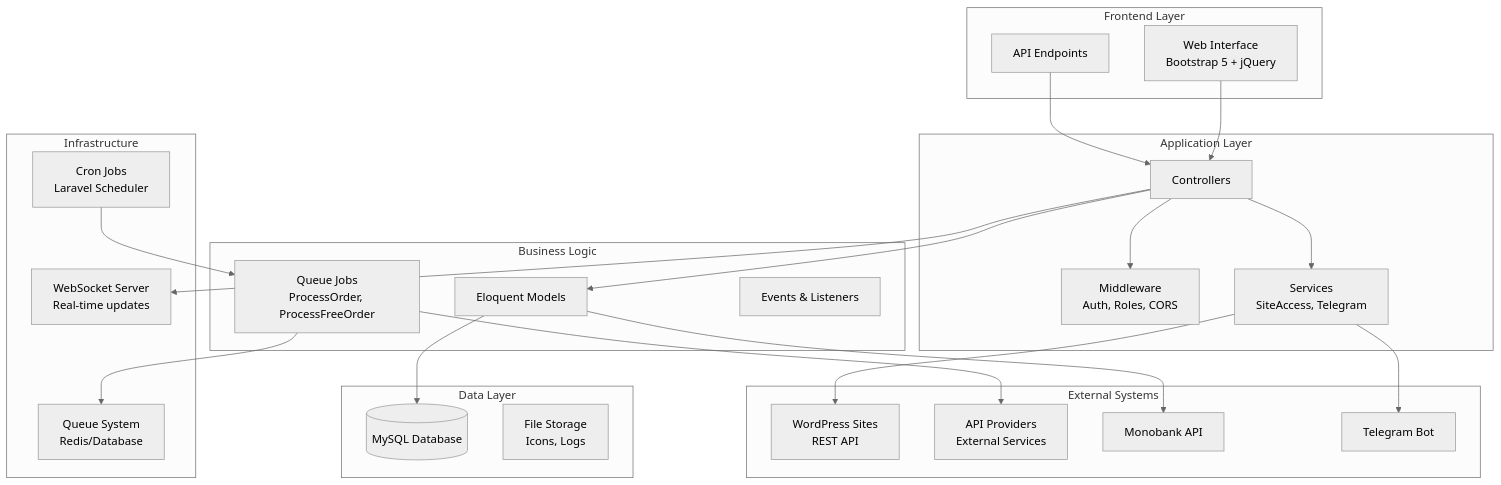
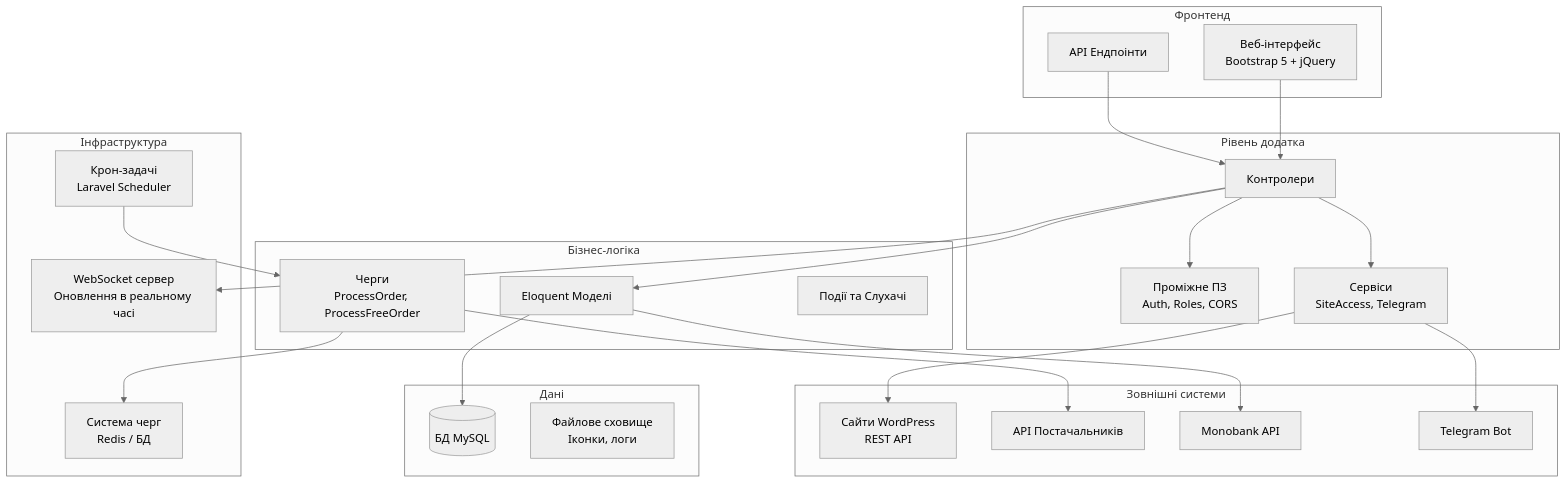
Before and after one commit to Nessq/smmlove: the first of 9 diagrams in README.md, drawn with Mermaid (neutral theme). The commit also changed other lines of this file, not shown here.

````diff
--- a/README.md
+++ b/README.md
@@ -11,51 +11,51 @@
 ```mermaid
 graph TB
-    subgraph "Frontend Layer"
-        UI[Web Interface<br/>Bootstrap 5 + jQuery]
-        API_UI[API Endpoints]
+    subgraph "Фронтенд"
+        UI[Веб-інтерфейс<br/>Bootstrap 5 + jQuery]
+        API_UI[API Ендпоінти]
     end
-    
-    subgraph "Application Layer"
-        Controllers[Controllers]
-        Middleware[Middleware<br/>Auth, Roles, CORS]
-        Services[Services<br/>SiteAccess, Telegram]
+
+    subgraph "Рівень додатка"
+        Controllers[Контролери]
+        Middleware[Проміжне ПЗ<br/>Auth, Roles, CORS]
+        Services[Сервіси<br/>SiteAccess, Telegram]
     end
-    
-    subgraph "Business Logic"
-        Models[Eloquent Models]
-        Jobs[Queue Jobs<br/>ProcessOrder, ProcessFreeOrder]
-        Events[Events & Listeners]
+
+    subgraph "Бізнес-логіка"
+        Models[Eloquent Моделі]
+        Jobs[Черги<br/>ProcessOrder, ProcessFreeOrder]
+        Events[Події та Слухачі]
     end
-    
-    subgraph "Data Layer"
-        MySQL[(MySQL Database)]
-        Files[File Storage<br/>Icons, Logs]
+
+    subgraph "Дані"
+        MySQL[(БД MySQL)]
+        Files[Файлове сховище<br/>Іконки, логи]
     end
-    
-    subgraph "External Systems"
-        WP[WordPress Sites<br/>REST API]
-        Suppliers[API Providers<br/>External Services]
+
+    subgraph "Зовнішні системи"
+        WP[Сайти WordPress<br/>REST API]
+        Suppliers[API Постачальників]
         Mono[Monobank API]
         TG[Telegram Bot]
     end
-    
-    subgraph "Infrastructure"
-        Cron[Cron Jobs<br/>Laravel Scheduler]
-        Queue[Queue System<br/>Redis/Database]
-        WebSocket[WebSocket Server<br/>Real-time updates]
+
+    subgraph "Інфраструктура"
+        Cron[Крон-задачі<br/>Laravel Scheduler]
+        Queue[Система черг<br/>Redis / БД]
+        WebSocket[WebSocket сервер<br/>Оновлення в реальному часі]
     end
-    
+
     UI --> Controllers
     API_UI --> Controllers
     Controllers --> Middleware
     Controllers --> Services
     Controllers --> Models
     Models --> MySQL
     Jobs --> Queue
     Jobs --> Suppliers
     Services --> WP
     Services --> TG
     Cron --> Jobs
     Controllers --> WebSocket
     Models --> Mono
 ```
````
